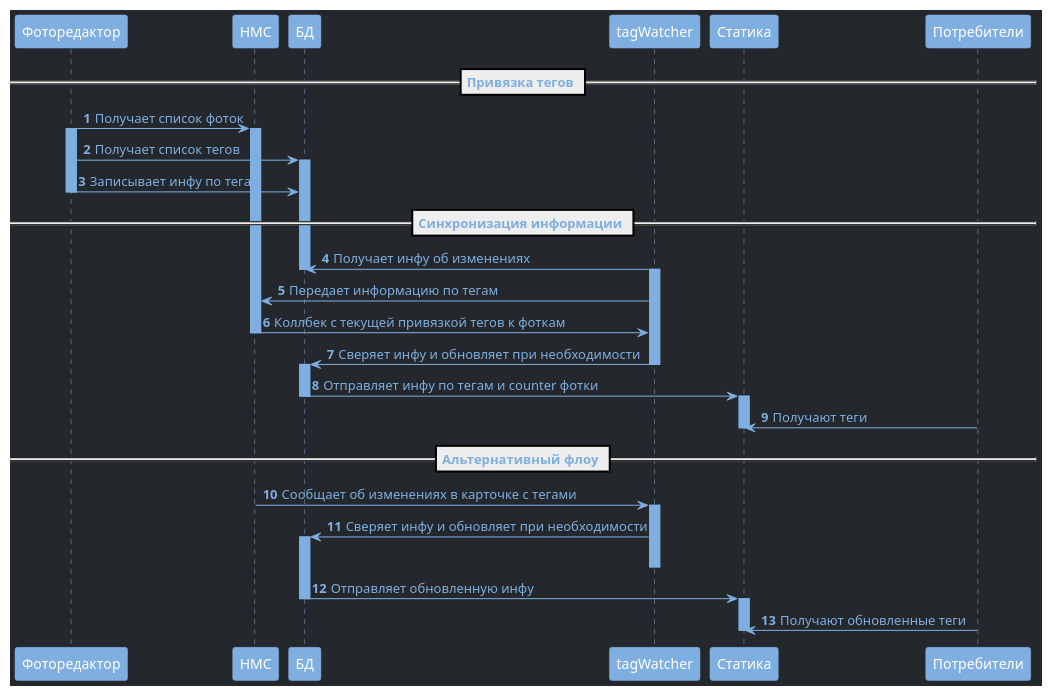
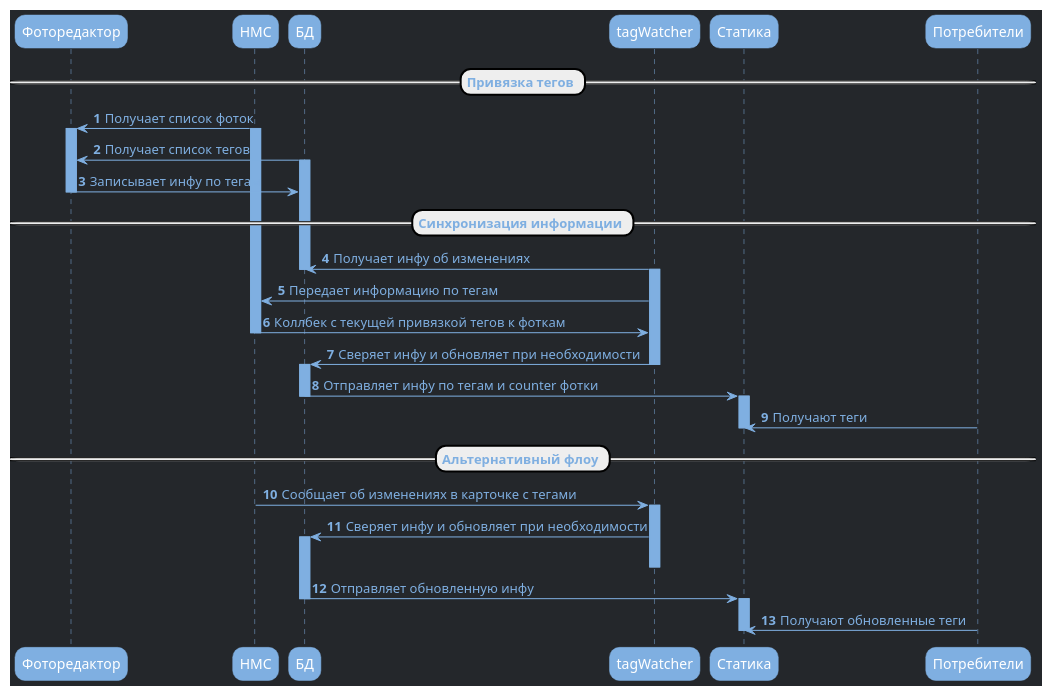
The diagram in sequence.puml (edfromomsk/tagsManagementAPI), drawn with PlantUML before and after one commit. The commit also changed 2 other files, not shown here.

```diff
--- a/sequence.puml
+++ b/sequence.puml
@@ -1,67 +1,67 @@
 @startuml
 skinparam DefaultFontColor #7fafe1
 skinparam BackgroundColor #24272b
+skinparam roundcorner 20
+
 skinparam sequence {
     ArrowColor #7fafe1
     LifeLineBorderColor #7fafe1 
     LifeLineBackgroundColor #7fafe1
-    
-
     ParticipantBorderColor #7fafe1 
     ParticipantBackgroundColor #7fafe1 
     ParticipantFontColor white
 
     ActorBorderColor #7fafe1 
     ActorBackgroundColor #7fafe1
 }
 
 autonumber
 participant "Фоторедактор" as FE
 participant "НМС" as NMS
 participant "БД" as DB
 participant "tagWatcher" as TW
 participant "Статика" as Static
 participant "Потребители" as CMS
 
 == Привязка тегов == 
-FE -> NMS: Получает список фоток
+NMS -> FE: Получает список фоток
 activate FE
 activate NMS
-FE -> DB: Получает список тегов
+DB -> FE: Получает список тегов
 
 activate DB
 FE -> DB: Записывает инфу по тегам
 deactivate FE
 == Синхронизация информации ==
 TW -> DB: Получает инфу об изменениях
 deactivate DB
 activate TW
 
 TW -> NMS: Передает информацию по тегам
 
 NMS -> TW: Коллбек с текущей привязкой тегов к фоткам
 deactivate NMS
 TW -> DB: Сверяет инфу и обновляет при необходимости
 deactivate TW
 activate DB
 
 DB -> Static: Отправляет инфу по тегам и counter фотки
 deactivate DB
 activate Static
 CMS -> Static: Получают теги
 deactivate Static
 
 == Альтернативный флоу ==
 NMS -> TW: Сообщает об изменениях в карточке с тегами
 activate TW
 TW -> DB: Сверяет инфу и обновляет при необходимости
 activate DB
 deactivate TW
 DB -> Static: Отправляет обновленную инфу
 deactivate DB
 activate Static
 CMS -> Static: Получают обновленные теги
 deactivate Static
 
 deactivate FE
 @enduml
```
